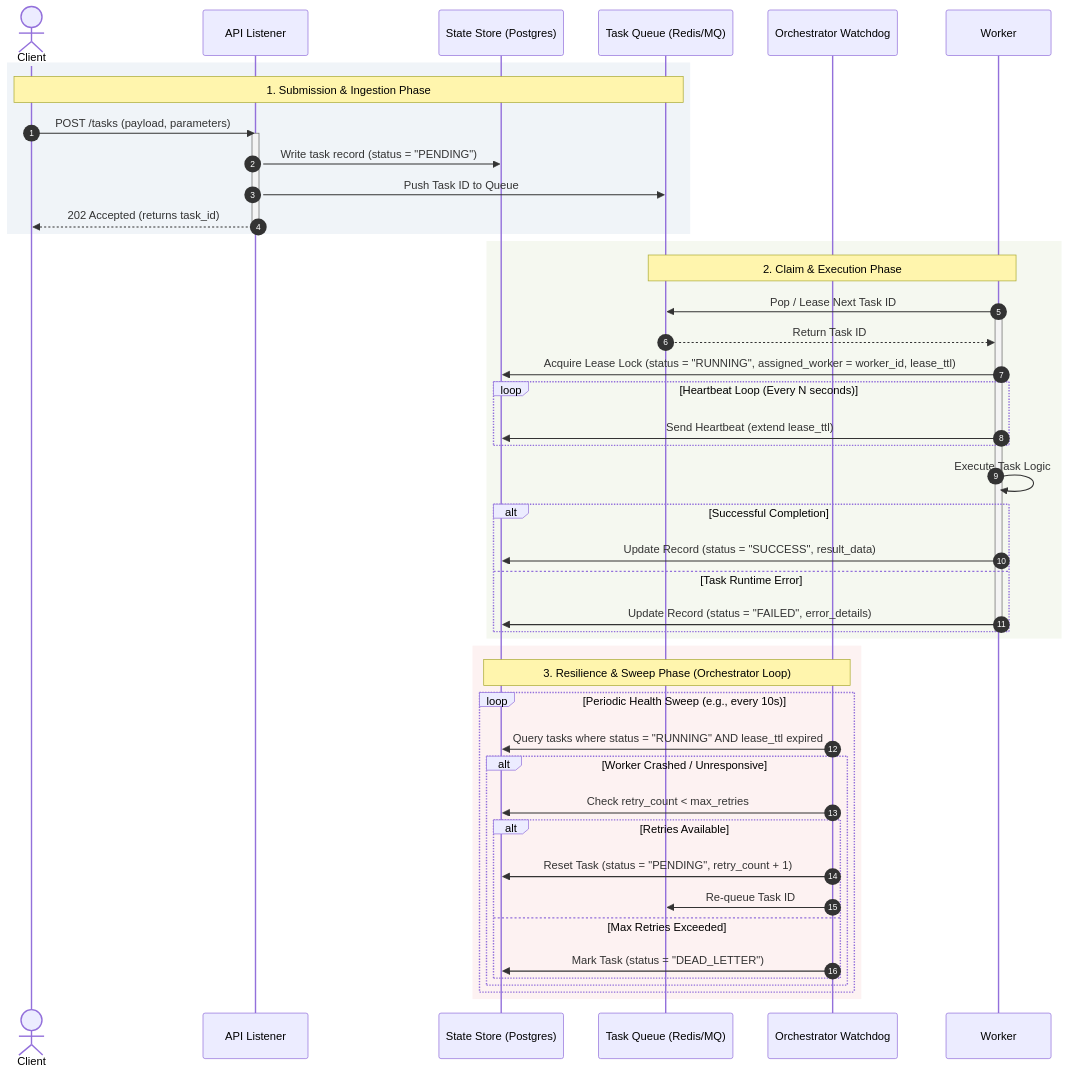
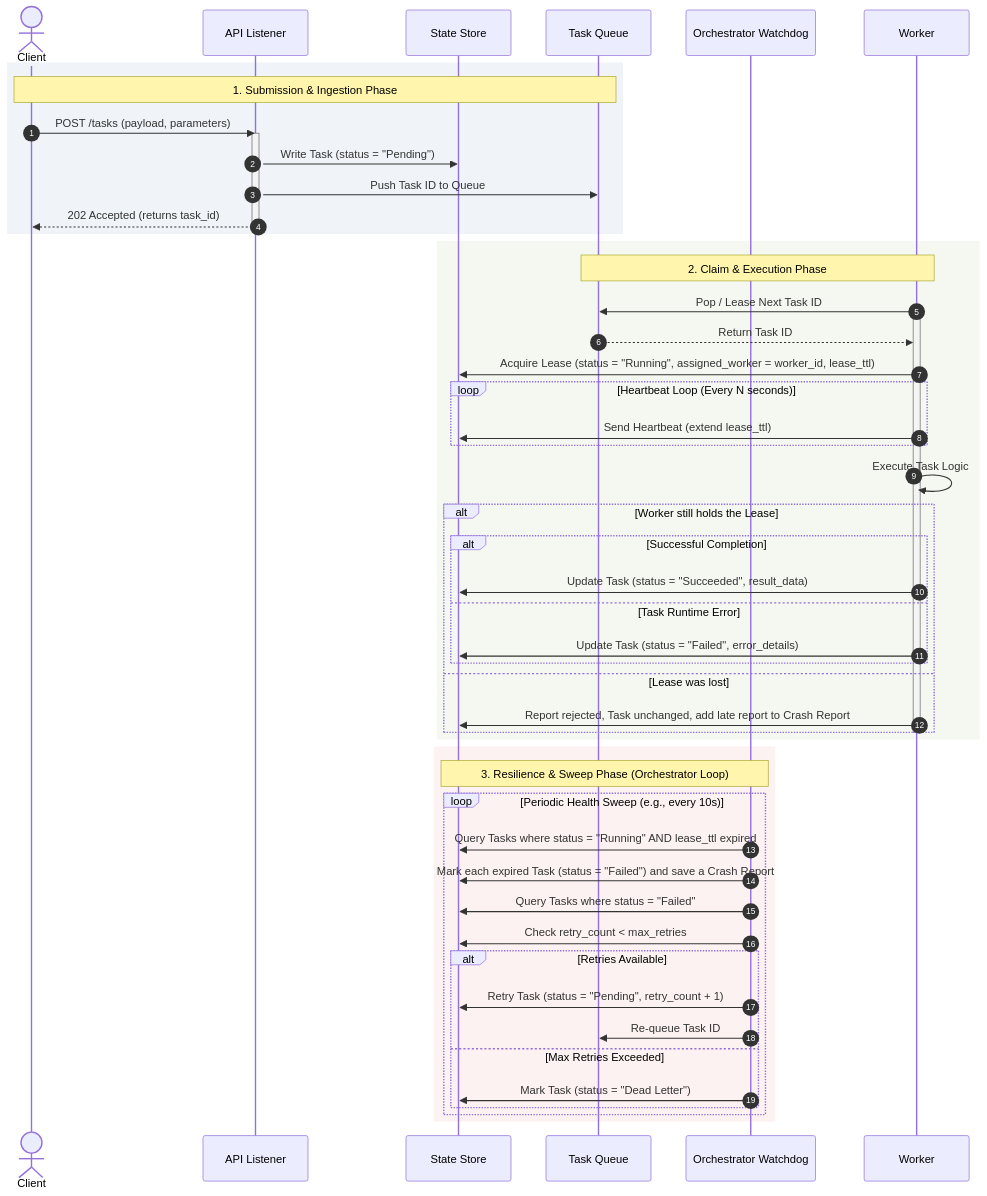
The diagram in README.md (juliansiebold/distributed-task-executor), drawn with Mermaid before and after one commit. The commit also changed other lines of this file and 3 other files, not shown here.

````diff
--- a/README.md
+++ b/README.md
@@ -27,61 +29,65 @@
 ```Mermaid
 sequenceDiagram
     autonumber
     actor Client
     participant Listener as API Listener
-    participant DB as State Store (Postgres)
-    participant Queue as Task Queue (Redis/MQ)
+    participant DB as State Store
+    participant Queue as Task Queue
     participant Orch as Orchestrator Watchdog
     participant Worker
 
     %% Task Submission Phase
     rect rgb(240, 244, 248)
     note over Client, Queue: 1. Submission & Ingestion Phase
     Client->>Listener: POST /tasks (payload, parameters)
     activate Listener
-    Listener->>DB: Write task record (status = "PENDING")
+    Listener->>DB: Write Task (status = "Pending")
     Listener->>Queue: Push Task ID to Queue
     Listener-->>Client: 202 Accepted (returns task_id)
     deactivate Listener
     end
 
     %% Dispatch & Execution Phase
     rect rgb(245, 248, 240)
     note over Queue, Worker: 2. Claim & Execution Phase
     Worker->>Queue: Pop / Lease Next Task ID
     activate Worker
     Queue-->>Worker: Return Task ID
-    Worker->>DB: Acquire Lease Lock (status = "RUNNING", assigned_worker = worker_id, lease_ttl)
+    Worker->>DB: Acquire Lease (status = "Running", assigned_worker = worker_id, lease_ttl)
     
     loop Heartbeat Loop (Every N seconds)
         Worker->>DB: Send Heartbeat (extend lease_ttl)
     end
 
     Worker->>Worker: Execute Task Logic
     
-    alt Successful Completion
-        Worker->>DB: Update Record (status = "SUCCESS", result_data)
-    else Task Runtime Error
-        Worker->>DB: Update Record (status = "FAILED", error_details)
+    alt Worker still holds the Lease
+        alt Successful Completion
+            Worker->>DB: Update Task (status = "Succeeded", result_data)
+        else Task Runtime Error
+            Worker->>DB: Update Task (status = "Failed", error_details)
+        end
+    else Lease was lost
+        Worker->>DB: Report rejected, Task unchanged, add late report to Crash Report
     end
     deactivate Worker
     end
 
     %% Fault Recovery / Timeout Sweep
     rect rgb(253, 242, 242)
     note over Orch, DB: 3. Resilience & Sweep Phase (Orchestrator Loop)
     loop Periodic Health Sweep (e.g., every 10s)
-        Orch->>DB: Query tasks where status = "RUNNING" AND lease_ttl expired
-        
-        alt Worker Crashed / Unresponsive
-            Orch->>DB: Check retry_count < max_retries
-            alt Retries Available
-                Orch->>DB: Reset Task (status = "PENDING", retry_count + 1)
-                Orch->>Queue: Re-queue Task ID
-            else Max Retries Exceeded
-                Orch->>DB: Mark Task (status = "DEAD_LETTER")
-            end
+        Orch->>DB: Query Tasks where status = "Running" AND lease_ttl expired
+        Orch->>DB: Mark each expired Task (status = "Failed") and save a Crash Report
+
+        Orch->>DB: Query Tasks where status = "Failed"
+        Orch->>DB: Check retry_count < max_retries
+        alt Retries Available
+            Orch->>DB: Retry Task (status = "Pending", retry_count + 1)
+            Orch->>Queue: Re-queue Task ID
+        else Max Retries Exceeded
+            Orch->>DB: Mark Task (status = "Dead Letter")
         end
     end
     end
 ```
````
